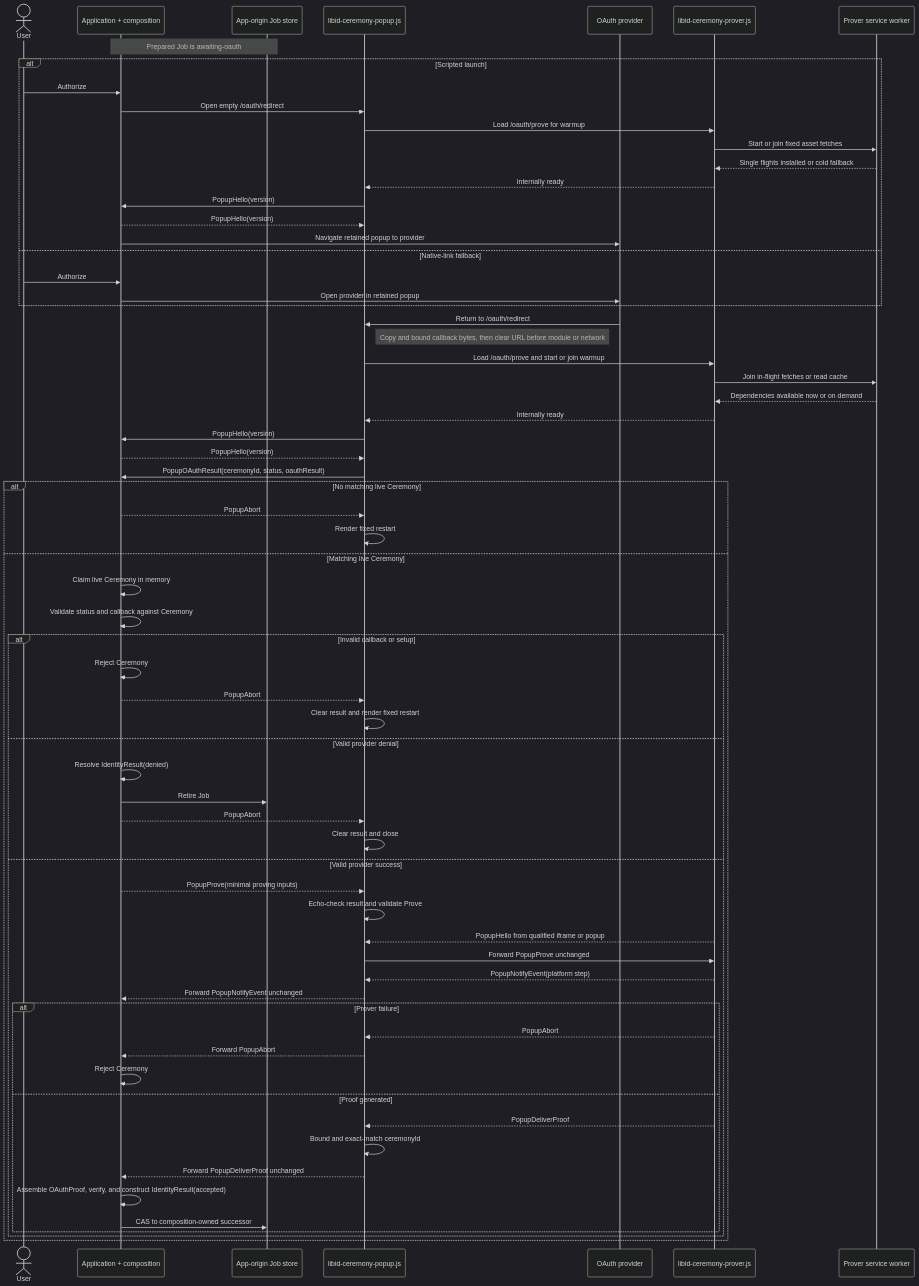
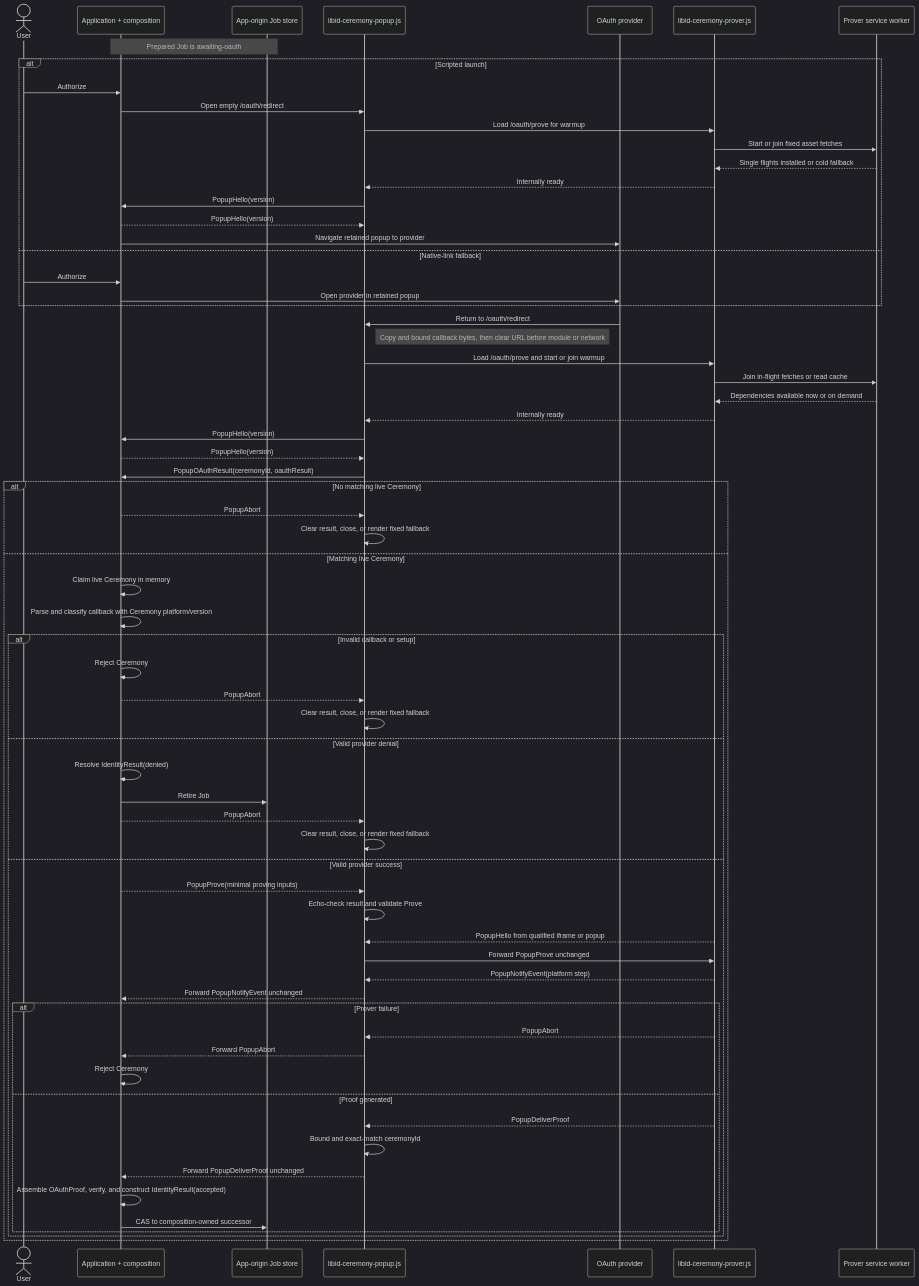
Before and after one commit to libid-org/libid: the diagram in ts/packages/ceremony/ARCHITECTURE.md, drawn with Mermaid (dark theme). The commit also changed other lines of this file and 1 other file, not shown here.

Commit message:
docs(ceremony): classify OAuth results in client

````diff
--- a/ts/packages/ceremony/ARCHITECTURE.md
+++ b/ts/packages/ceremony/ARCHITECTURE.md
@@ -586,71 +588,71 @@
 ```mermaid
 sequenceDiagram
     actor U as User
     participant A as Application + composition
     participant J as App-origin Job store
     participant C as libid-ceremony-popup.js
     participant O as OAuth provider
     participant P as libid-ceremony-prover.js
     participant W as Prover service worker
 
     Note over A,J: Prepared Job is awaiting-oauth
     alt Scripted launch
         U->>A: Authorize
         A->>C: Open empty /oauth/redirect
         C->>P: Load /oauth/prove for warmup
         P->>W: Start or join fixed asset fetches
         W-->>P: Single flights installed or cold fallback
         P-->>C: Internally ready
         C->>A: PopupHello(version)
         A-->>C: PopupHello(version)
         A->>O: Navigate retained popup to provider
     else Native-link fallback
         U->>A: Authorize
         A->>O: Open provider in retained popup
     end
     O->>C: Return to /oauth/redirect
     Note right of C: Copy and bound callback bytes, then clear URL before module or network
     C->>P: Load /oauth/prove and start or join warmup
     P->>W: Join in-flight fetches or read cache
     W-->>P: Dependencies available now or on demand
     P-->>C: Internally ready
     C->>A: PopupHello(version)
     A-->>C: PopupHello(version)
-    C->>A: PopupOAuthResult(ceremonyId, status, oauthResult)
+    C->>A: PopupOAuthResult(ceremonyId, oauthResult)
     alt No matching live Ceremony
         A-->>C: PopupAbort
-        C->>C: Render fixed restart
+        C->>C: Clear result, close, or render fixed fallback
     else Matching live Ceremony
         A->>A: Claim live Ceremony in memory
-        A->>A: Validate status and callback against Ceremony
+        A->>A: Parse and classify callback with Ceremony platform/version
 
         alt Invalid callback or setup
             A->>A: Reject Ceremony
             A-->>C: PopupAbort
-            C->>C: Clear result and render fixed restart
+            C->>C: Clear result, close, or render fixed fallback
         else Valid provider denial
             A->>A: Resolve IdentityResult(denied)
             A->>J: Retire Job
             A-->>C: PopupAbort
-            C->>C: Clear result and close
+            C->>C: Clear result, close, or render fixed fallback
         else Valid provider success
             A-->>C: PopupProve(minimal proving inputs)
             C->>C: Echo-check result and validate Prove
             P-->>C: PopupHello from qualified iframe or popup
             C->>P: Forward PopupProve unchanged
             P-->>C: PopupNotifyEvent(platform step)
             C-->>A: Forward PopupNotifyEvent unchanged
             alt Prover failure
                 P-->>C: PopupAbort
                 C-->>A: Forward PopupAbort
                 A->>A: Reject Ceremony
             else Proof generated
                 P-->>C: PopupDeliverProof
                 C->>C: Bound and exact-match ceremonyId
                 C-->>A: Forward PopupDeliverProof unchanged
                 A->>A: Assemble OAuthProof, verify, and construct IdentityResult(accepted)
                 A->>J: CAS to composition-owned successor
             end
         end
     end
 ```
````
